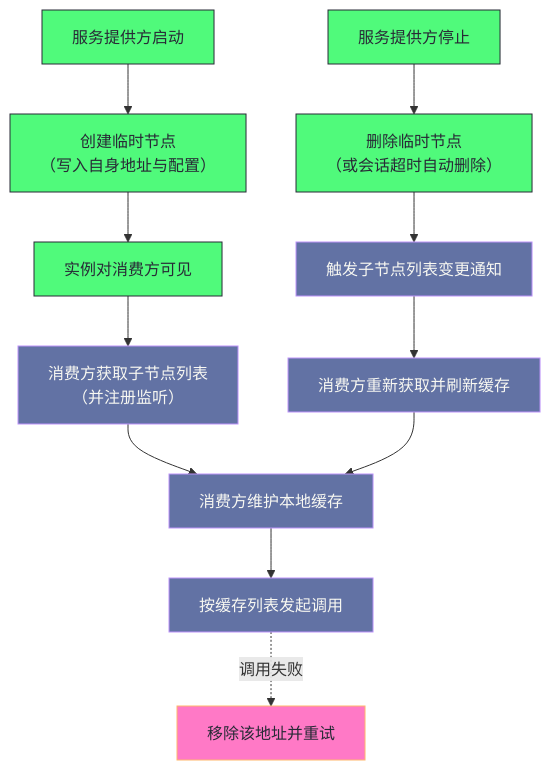
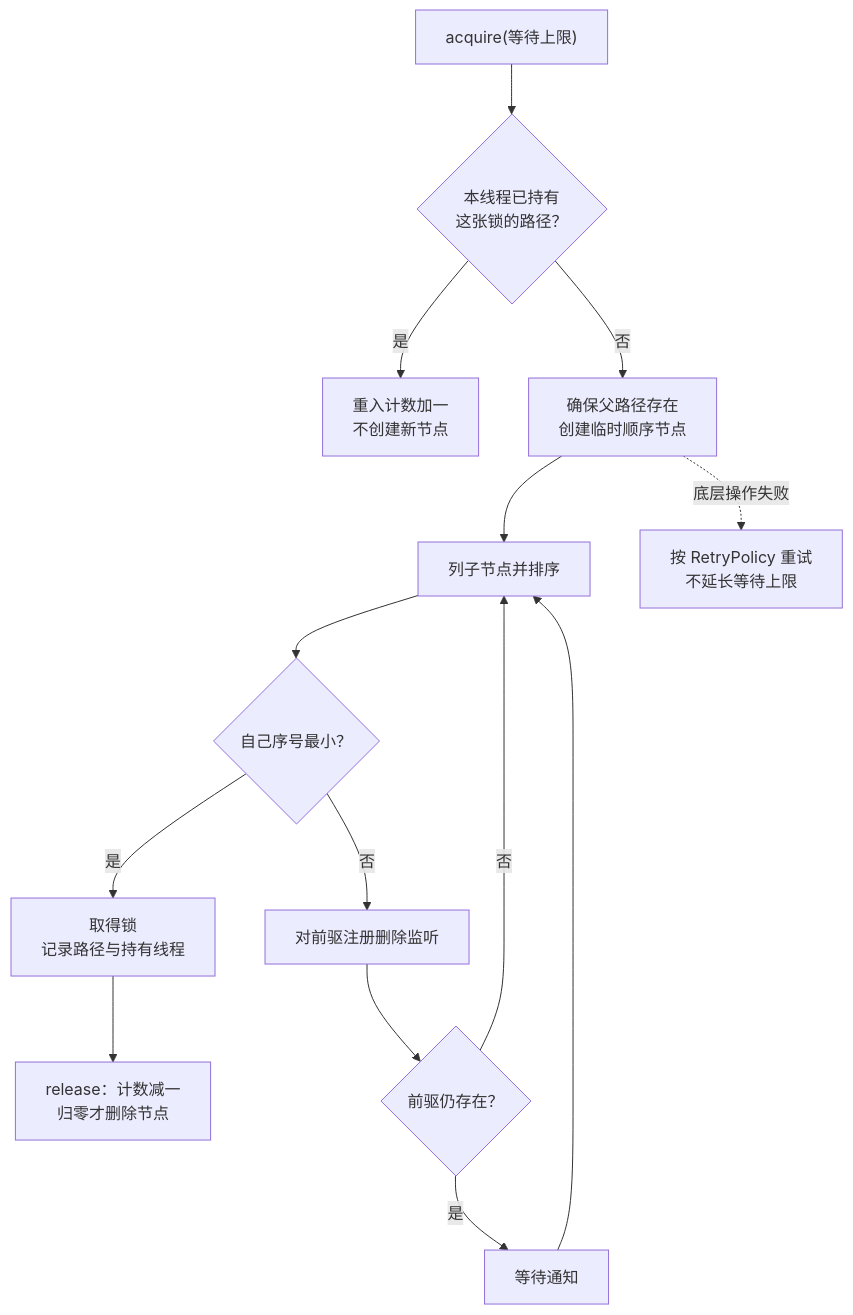
One commit to hpliStartAgain/my-brain changed the fourth of 4 diagrams in content/中间件/Zookeeper/03 分布式锁与 Leader 选举的工程实现.md. Above: the diagram before and after it, drawn with Mermaid. The commit also changed other lines of this file and 259 other files, not shown here.

````diff
--- a/content/中间件/Zookeeper/03 分布式锁与 Leader 选举的工程实现.md
+++ b/content/中间件/Zookeeper/03 分布式锁与 Leader 选举的工程实现.md
@@ -316,21 +360,17 @@
 ```mermaid
 %%{init: {'theme': 'dracula'}}%%
-graph TD
-    UP["服务提供方启动"] --> REG["创建临时节点<br/>（写入自身地址与配置）"]
-    REG --> VIS["实例对消费方可见"]
-    VIS --> DISC["消费方获取子节点列表<br/>（并注册监听）"]
-    DISC --> CACHE["消费方维护本地缓存"]
-    CACHE --> CALL["按缓存列表发起调用"]
-    DOWN["服务提供方停止"] --> DEREG["删除临时节点<br/>（或会话超时自动删除）"]
-    DEREG --> NOTIFY["触发子节点列表变更通知"]
-    NOTIFY --> REFRESH["消费方重新获取并刷新缓存"]
-    REFRESH --> CACHE
-    CALL -. "调用失败" .-> RETRY["移除该地址并重试"]
-
-    classDef reg fill:#50fa7b,stroke:#282a36,color:#282a36
-    classDef disc fill:#6272a4,stroke:#bd93f9,color:#f8f8f2
-    classDef fall fill:#ff79c6,stroke:#ffb86c,color:#282a36
-    class UP,REG,VIS,DOWN,DEREG reg
-    class DISC,CACHE,CALL,NOTIFY,REFRESH disc
-    class RETRY fall
+flowchart TD
+    A["acquire(等待上限)"] --> R{"本线程已持有<br/>这张锁的路径？"}
+    R -- 是 --> R2["重入计数加一<br/>不创建新节点"]
+    R -- 否 --> P["确保父路径存在<br/>创建临时顺序节点"]
+    P --> G["列子节点并排序"]
+    G --> M{"自己序号最小？"}
+    M -- 是 --> OK["取得锁<br/>记录路径与持有线程"]
+    M -- 否 --> X["对前驱注册删除监听"]
+    X --> N{"前驱仍存在？"}
+    N -- 否 --> G
+    N -- 是 --> W["等待通知"]
+    W --> G
+    OK --> REL["release：计数减一<br/>归零才删除节点"]
+    P -. "底层操作失败" .-> RP["按 RetryPolicy 重试<br/>不延长等待上限"]
 ```
````
